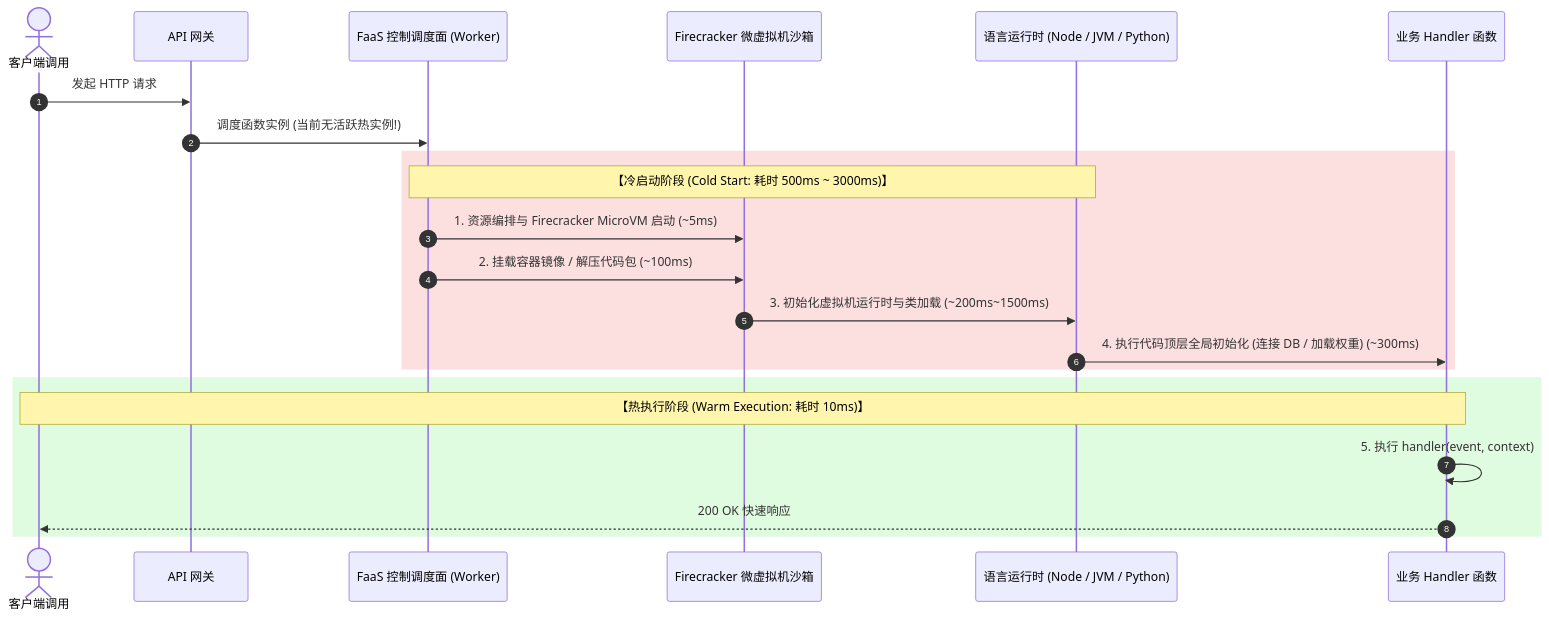
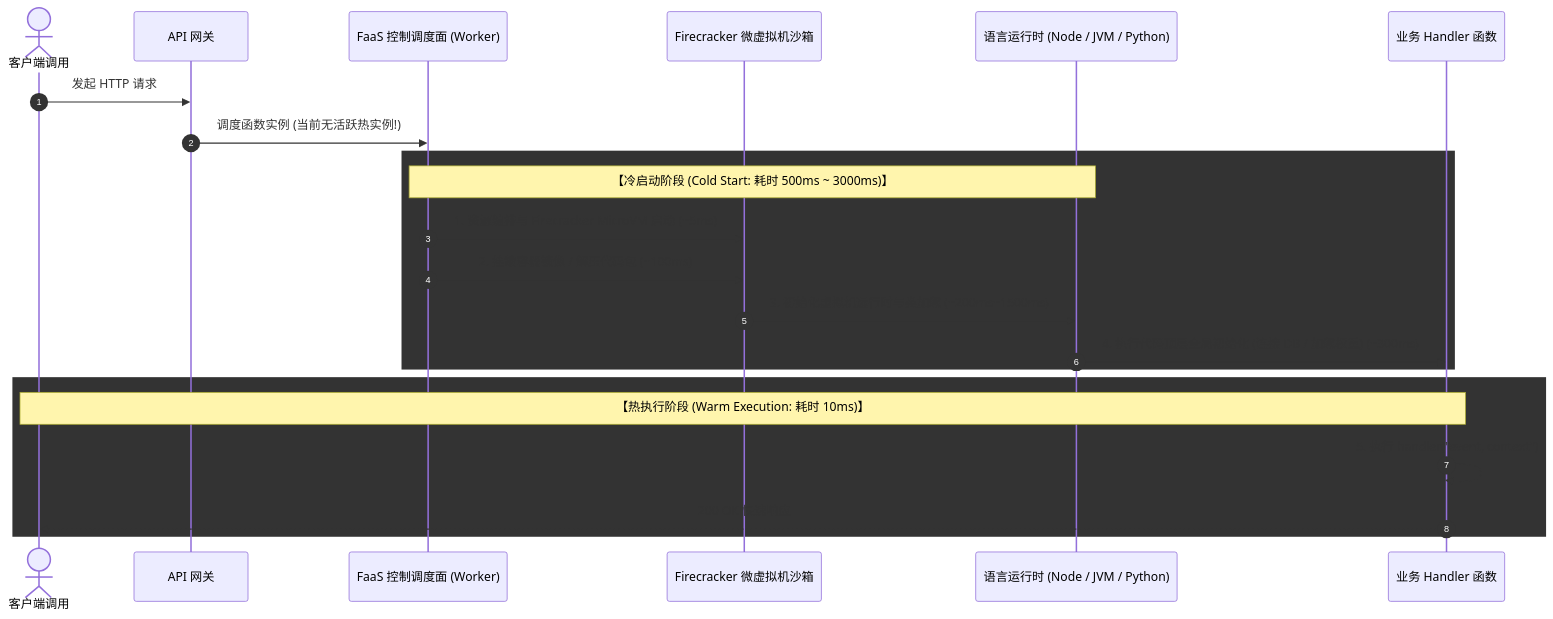
Before and after one commit to kerntau/chenv: the diagram in src/content/posts/serverless-architecture-cold-start-optimization.md, drawn with Mermaid. The commit also changed other lines of this file and 59 other files, not shown here.

````diff
--- a/src/content/posts/serverless-architecture-cold-start-optimization.md
+++ b/src/content/posts/serverless-architecture-cold-start-optimization.md
@@ -32,27 +36,27 @@
 ```mermaid
 sequenceDiagram
     autonumber
     actor Client as 客户端调用
     participant Gateway as API 网关
     participant FaaS as FaaS 控制调度面 (Worker)
     participant MicroVM as Firecracker 微虚拟机沙箱
     participant Runtime as 语言运行时 (Node / JVM / Python)
     participant Handler as 业务 Handler 函数
 
     Client->>Gateway: 发起 HTTP 请求
     Gateway->>FaaS: 调度函数实例 (当前无活跃热实例!)
     
-    rect rgb(240, 100, 100, 0.2)
+    rect rgb("240, 100, 100, 0.2")
         Note over FaaS,Runtime: 【冷启动阶段 (Cold Start: 耗时 500ms ~ 3000ms)】
         FaaS->>MicroVM: 1. 资源编排与 Firecracker MicroVM 启动 (~5ms)
         FaaS->>MicroVM: 2. 挂载容器镜像 / 解压代码包 (~100ms)
         MicroVM->>Runtime: 3. 初始化虚拟机运行时与类加载 (~200ms~1500ms)
         Runtime->>Handler: 4. 执行代码顶层全局初始化 (连接 DB / 加载权重) (~300ms)
     end
 
-    rect rgb(100, 240, 100, 0.2)
+    rect rgb("100, 240, 100, 0.2")
         Note over Handler,Client: 【热执行阶段 (Warm Execution: 耗时 10ms)】
-        Handler->>Handler: 5. 执行 handler(event, context)
+        Handler->>Handler: 5. 执行 handler("event, context")
         Handler-->>Client: 200 OK 快速响应
     end
 ```
````
